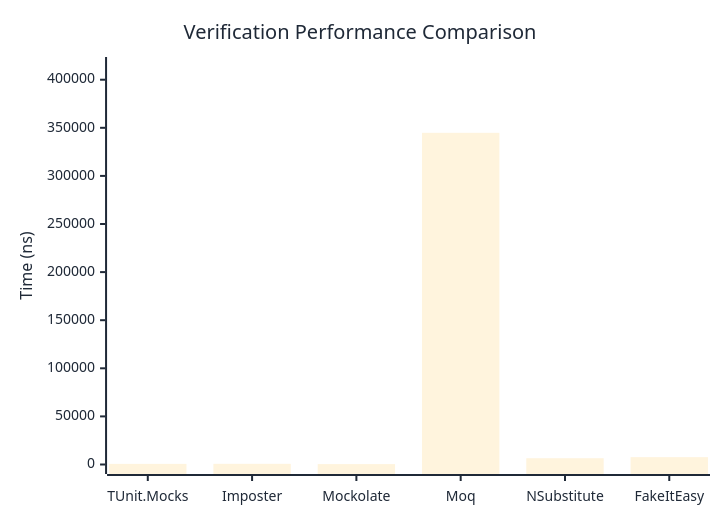
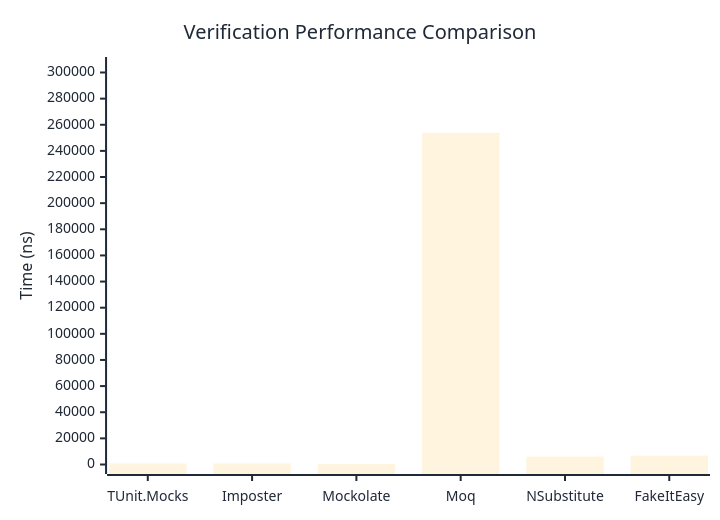
Before and after one commit to thomhurst/TUnit: the first of 3 diagrams in docs/docs/benchmarks/mocks/Verification.md, drawn with Mermaid. The commit also changed other lines of this file and 14 other files, not shown here.

````diff
--- a/docs/docs/benchmarks/mocks/Verification.md
+++ b/docs/docs/benchmarks/mocks/Verification.md
@@ -28,27 +28,27 @@
 ```mermaid
 %%{init: {
   'theme':'base',
   'themeVariables': {
     'primaryColor': '#2563eb',
     'primaryTextColor': '#1f2937',
     'primaryBorderColor': '#1e40af',
     'lineColor': '#6b7280',
     'secondaryColor': '#7c3aed',
     'tertiaryColor': '#dc2626',
     'background': '#ffffff',
     'pie1': '#2563eb',
     'pie2': '#7c3aed',
     'pie3': '#dc2626',
     'pie4': '#f59e0b',
     'pie5': '#10b981',
     'pie6': '#06b6d4',
     'pie7': '#ec4899',
     'pie8': '#6366f1'
   }
 }}%%
 xychart-beta
   title "Verification Performance Comparison"
   x-axis ["TUnit.Mocks", "Imposter", "Mockolate", "Moq", "NSubstitute", "FakeItEasy"]
-  y-axis "Time (ns)" 0 --> 413731
-  bar [651.56, 695.01, 417.46, 344775.19, 6517.01, 7638.69]
+  y-axis "Time (ns)" 0 --> 304584
+  bar [759.45, 716.46, 406.16, 253819.51, 5999.58, 6771.57]
 ```
````
